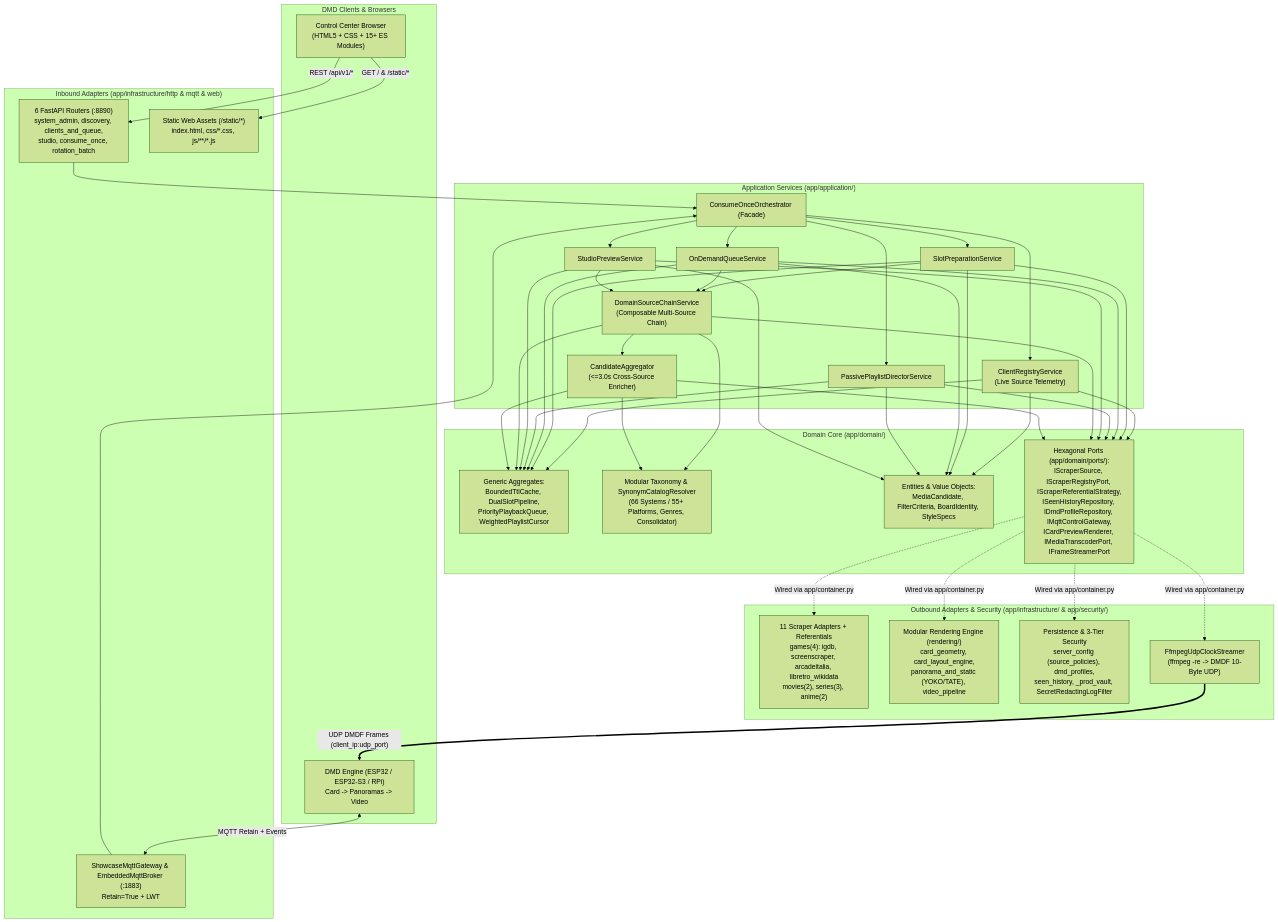
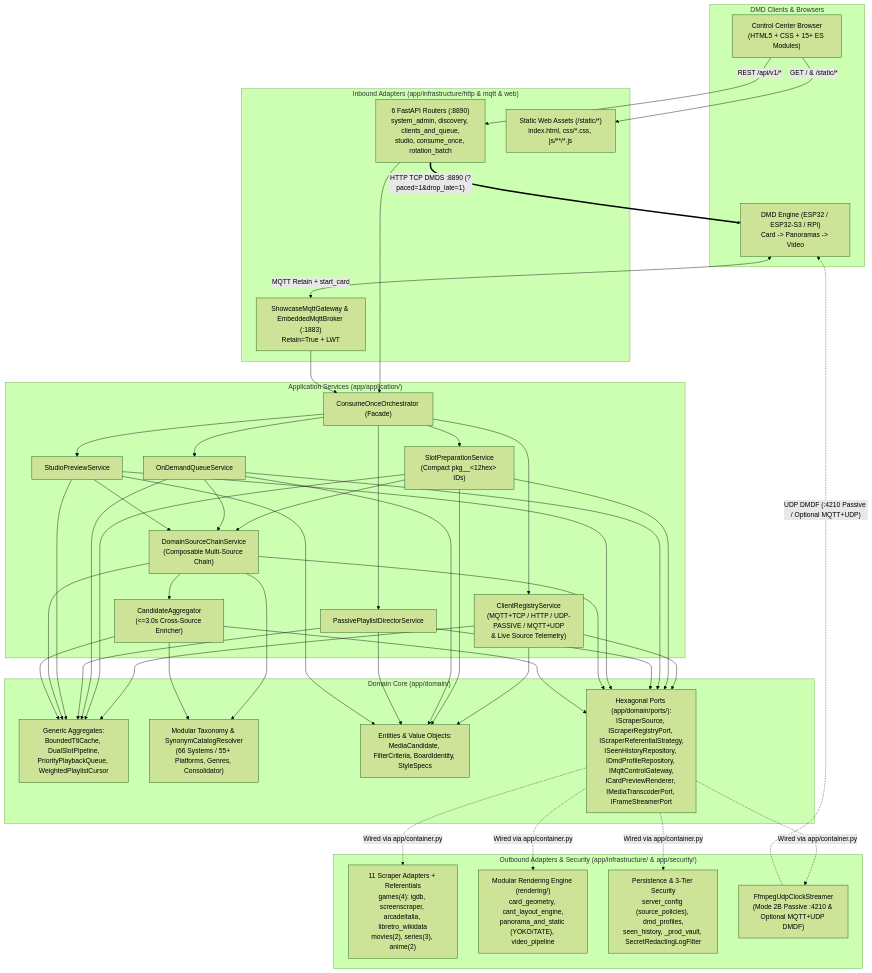
The first of 2 diagrams in docs/ARCHITECTURE.md (red77290/dmd_media_showcase), drawn with Mermaid (forest theme) before and after one commit. The commit also changed other lines of this file and 26 other files, not shown here.

First line of the commit message:
feat(stream): align default ESP32 transport on MQTT+TCP DMDS and compact item_id

````diff
--- a/docs/ARCHITECTURE.md
+++ b/docs/ARCHITECTURE.md
@@ -18,51 +18,52 @@
 ```mermaid
 flowchart TD
     subgraph DMD["DMD Clients & Browsers"]
         BROWSER["Control Center Browser\n(HTML5 + CSS + 15+ ES Modules)"]
         ENG["DMD Engine (ESP32 / ESP32-S3 / RPi)\nCard -> Panoramas -> Video"]
     end
 
     subgraph INFRA_IN["Inbound Adapters (app/infrastructure/http & mqtt & web)"]
         ROUTERS["6 FastAPI Routers (:8890)\nsystem_admin, discovery, clients_and_queue,\nstudio, consume_once, rotation_batch"]
         STATIC["Static Web Assets (/static/*)\nindex.html, css/*.css, js/**/*.js"]
         MQTT["ShowcaseMqttGateway & EmbeddedMqttBroker (:1883)\nRetain=True + LWT"]
     end
 
     subgraph APP["Application Services (app/application/)"]
         ORCH["ConsumeOnceOrchestrator (Facade)"]
-        REG_SVC["ClientRegistryService\n(Live Source Telemetry)"]
-        PREP_SVC["SlotPreparationService"]
+        REG_SVC["ClientRegistryService\n(MQTT+TCP / HTTP / UDP-PASSIVE / MQTT+UDP\n& Live Source Telemetry)"]
+        PREP_SVC["SlotPreparationService\n(Compact pkg_<domain>_<12hex> IDs)"]
         QUEUE_SVC["OnDemandQueueService"]
         DIR_SVC["PassivePlaylistDirectorService"]
         STUDIO_SVC["StudioPreviewService"]
         CHAIN["DomainSourceChainService\n(Composable Multi-Source Chain)"]
         AGG_SVC["CandidateAggregator\n(<=3.0s Cross-Source Enricher)"]
     end
 
     subgraph DOMAIN["Domain Core (app/domain/)"]
         AGG["Generic Aggregates:\nBoundedTtlCache, DualSlotPipeline,\nPriorityPlaybackQueue, WeightedPlaylistCursor"]
         TAX["Modular Taxonomy & SynonymCatalogResolver\n(66 Systems / 55+ Platforms, Genres, Consolidator)"]
         VO["Entities & Value Objects:\nMediaCandidate, FilterCriteria, BoardIdentity, StyleSpecs"]
         PORTS["Hexagonal Ports (app/domain/ports/):\nIScraperSource, IScraperRegistryPort, IScraperReferentialStrategy,\nISeenHistoryRepository, IDmdProfileRepository, IMqttControlGateway,\nICardPreviewRenderer, IMediaTranscoderPort, IFrameStreamerPort"]
     end
 
     subgraph INFRA_OUT["Outbound Adapters & Security (app/infrastructure/ & app/security/)"]
         SCRAPERS["11 Scraper Adapters + Referentials\ngames(4): igdb, screenscraper, arcadeitalia, libretro_wikidata\nmovies(2), series(3), anime(2)"]
         RENDER["Modular Rendering Engine (rendering/)\ncard_geometry, card_layout_engine,\npanorama_and_static (YOKO/TATE), video_pipeline"]
         PERSIST["Persistence & 3-Tier Security\nserver_config (source_policies), dmd_profiles,\nseen_history, _prod_vault, SecretRedactingLogFilter"]
-        UDP["FfmpegUdpClockStreamer\n(ffmpeg -re -> DMDF 10-Byte UDP)"]
+        UDP["FfmpegUdpClockStreamer\n(Mode 2B Passive :4210 & Optional MQTT+UDP DMDF)"]
     end
 
     BROWSER -->|"GET / & /static/*"| STATIC
     BROWSER -->|"REST /api/v1/*"| ROUTERS
-    ENG <-->|"MQTT Retain + Events"| MQTT
+    ENG <-->|"MQTT Retain + start_card"| MQTT
+    ROUTERS ==>|"HTTP TCP DMDS :8890 (?paced=1&drop_late=1)"| ENG
     ROUTERS --> ORCH
     MQTT --> ORCH
     ORCH --> REG_SVC & PREP_SVC & QUEUE_SVC & DIR_SVC & STUDIO_SVC
     PREP_SVC & QUEUE_SVC & STUDIO_SVC --> CHAIN
     CHAIN --> AGG_SVC
     REG_SVC & PREP_SVC & QUEUE_SVC & DIR_SVC & STUDIO_SVC --> AGG & VO & PORTS
     CHAIN & AGG_SVC --> TAX & AGG & PORTS
     PORTS -.->|"Wired via app/container.py"| SCRAPERS & RENDER & PERSIST & UDP
-    UDP ==>|"UDP DMDF Frames (client_ip:udp_port)"| ENG
+    UDP -.->|"UDP DMDF (:4210 Passive / Optional MQTT+UDP)"| ENG
 ```
````
